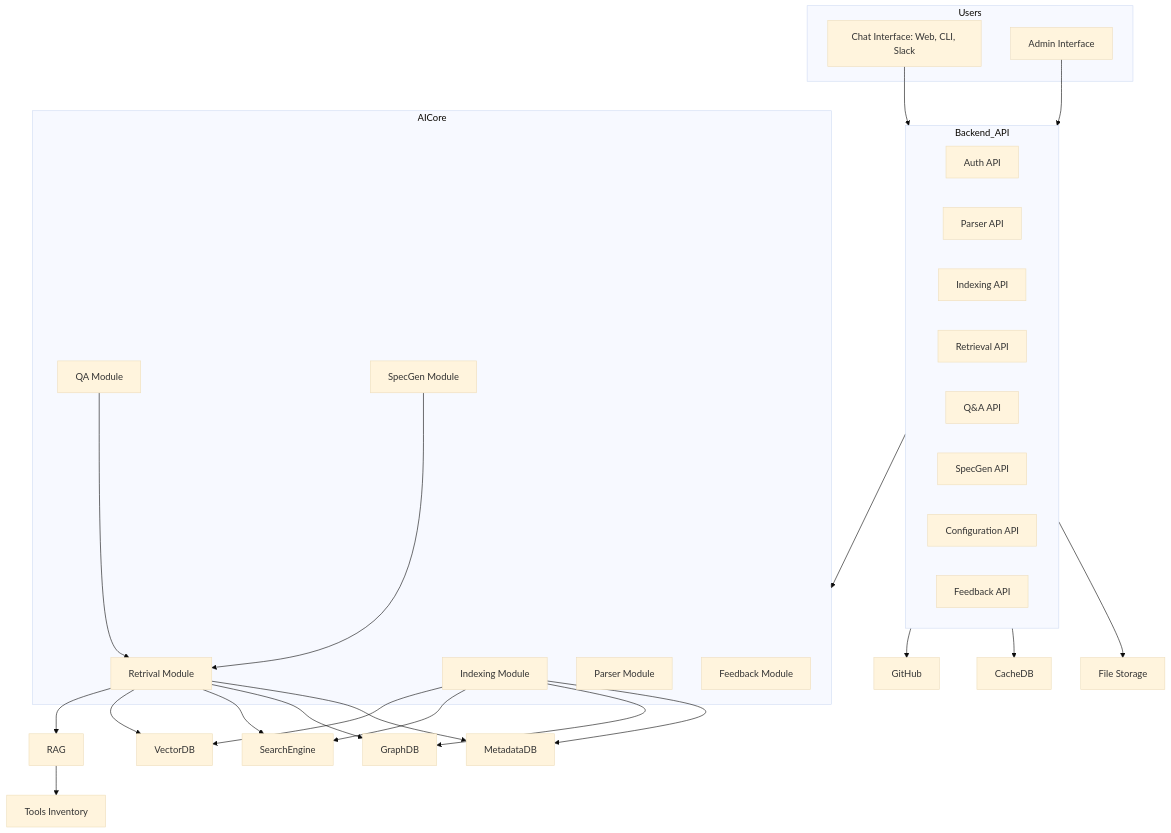
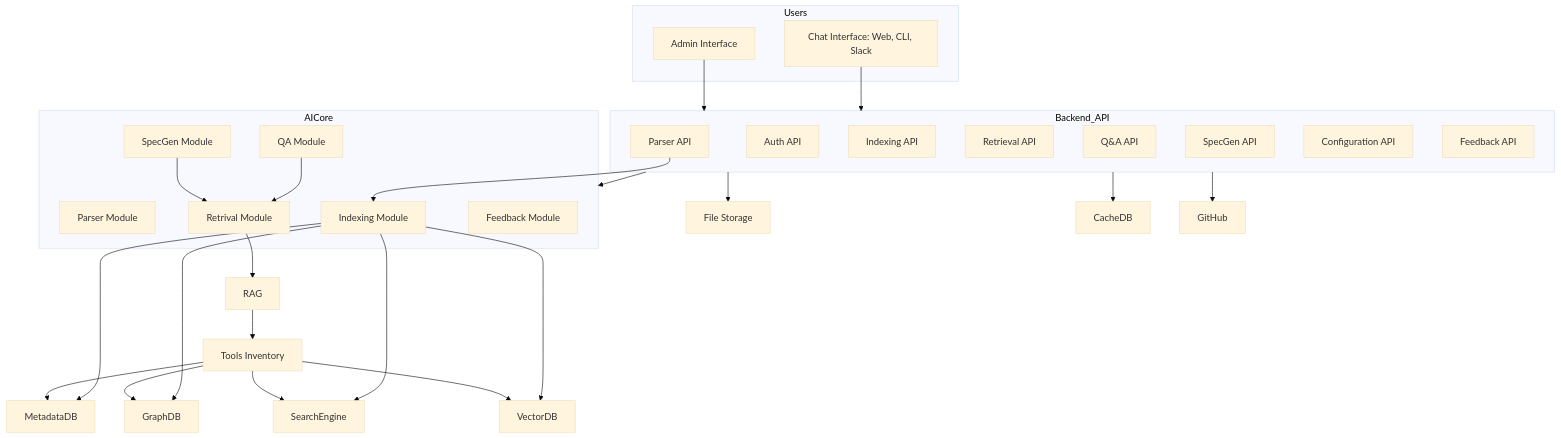
One commit to anhttmle/anhttmle.github.io changed the second of 2 diagrams in _draft/C2B/CA-Design.md. Above: the diagram before and after it, drawn with Mermaid (base theme).

````diff
--- a/_draft/C2B/CA-Design.md
+++ b/_draft/C2B/CA-Design.md
@@ -126,53 +126,55 @@
 ```mermaid
 flowchart TD
     subgraph Users
         ChatUI[Chat Interface: Web, CLI, Slack]
         AdminUI[Admin Interface]
     end
 
     ChatUI --> Backend_API[Backend API]
     AdminUI --> Backend_API
 
     subgraph Backend_API
         AuthAPI[Auth API]
         ParserAPI[Parser API]
         IndexingAPI[Indexing API]
         RetrievalAPI[Retrieval API]
         QAAPI[Q&A API]
         SpecGenAPI[SpecGen API]
         ConfigAPI[Configuration API]
         FeedbackAPI[Feedback API]
     end
 
     subgraph AICore
         Parser[Parser Module]
         Indexing[Indexing Module]
         Retrieval[Retrival Module]
         QA[QA Module]
         SpecGen[SpecGen Module]
         Feedback[Feedback Module]
     end
 
     Backend_API --> FileStorage[File Storage]
     Backend_API --> CacheDB
     Backend_API --> GitHub
     Backend_API --> AICore
 
+    ParserAPI --> Indexing
+    
     Indexing --> MetadataDB
     Indexing --> GraphDB
     Indexing --> SearchEngine
     Indexing --> VectorDB
 
-    Retrieval --> MetadataDB
-    Retrieval --> GraphDB
-    Retrieval --> SearchEngine
-    Retrieval --> VectorDB
     Retrieval --> RAG
-
     RAG --> Tools[Tools Inventory]
 
+    Tools --> MetadataDB
+    Tools --> GraphDB
+    Tools --> SearchEngine
+    Tools --> VectorDB
+    
     QA --> Retrieval
     SpecGen --> Retrieval
 
 
 ```
````
